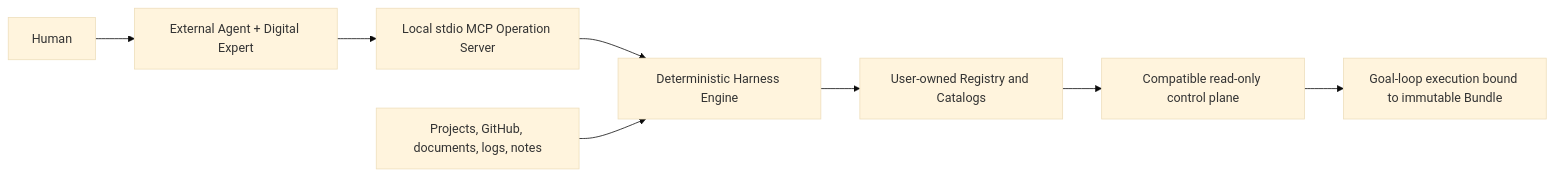
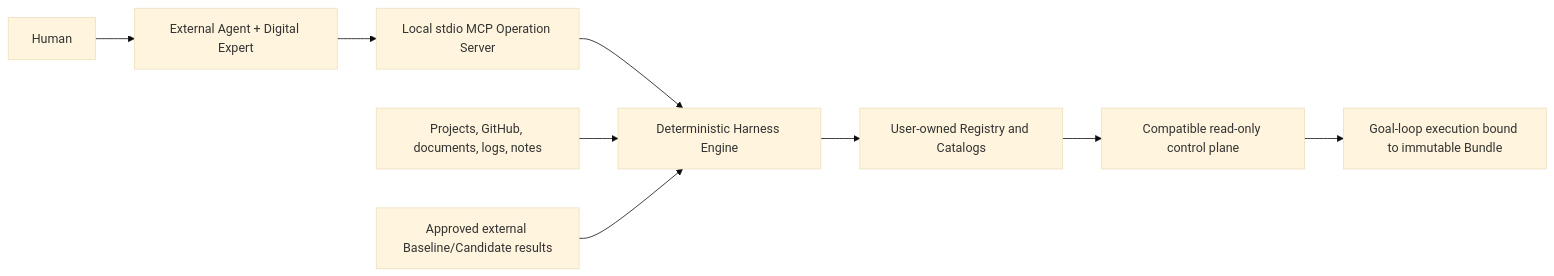
Before and after one commit to yeliang-wang/evopilot-harness: the first of 2 diagrams in docs/architecture/overview.md, drawn with Mermaid (base theme). The commit also changed other lines of this file and 85 other files, not shown here.

````diff
--- a/docs/architecture/overview.md
+++ b/docs/architecture/overview.md
@@ -7,10 +7,11 @@
 ```mermaid
 flowchart LR
   Human["Human"] --> Agent["External Agent + Digital Expert"]
   Agent --> MCP["Local stdio MCP Operation Server"]
   MCP --> Harness["Deterministic Harness Engine"]
   Sources["Projects, GitHub, documents, logs, notes"] --> Harness
+  Results["Approved external Baseline/Candidate results"] --> Harness
   Harness --> Catalog["User-owned Registry and Catalogs"]
   Catalog --> Consumer["Compatible read-only control plane"]
   Consumer --> Runtime["Goal-loop execution bound to immutable Bundle"]
 ```
````
